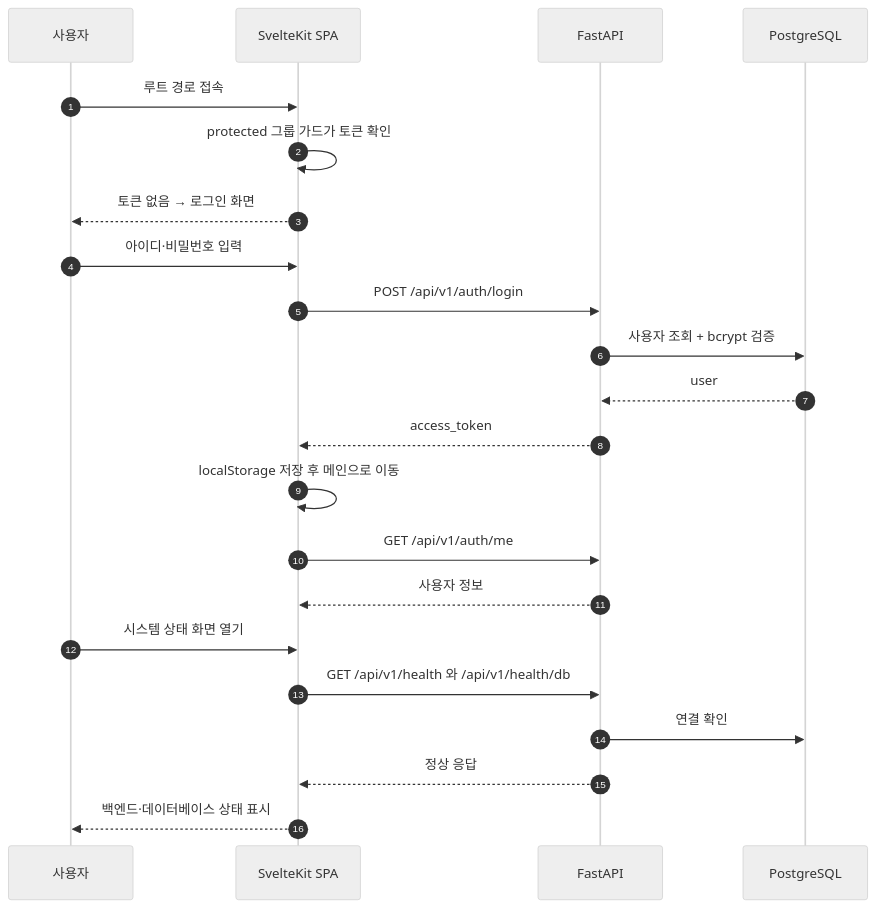
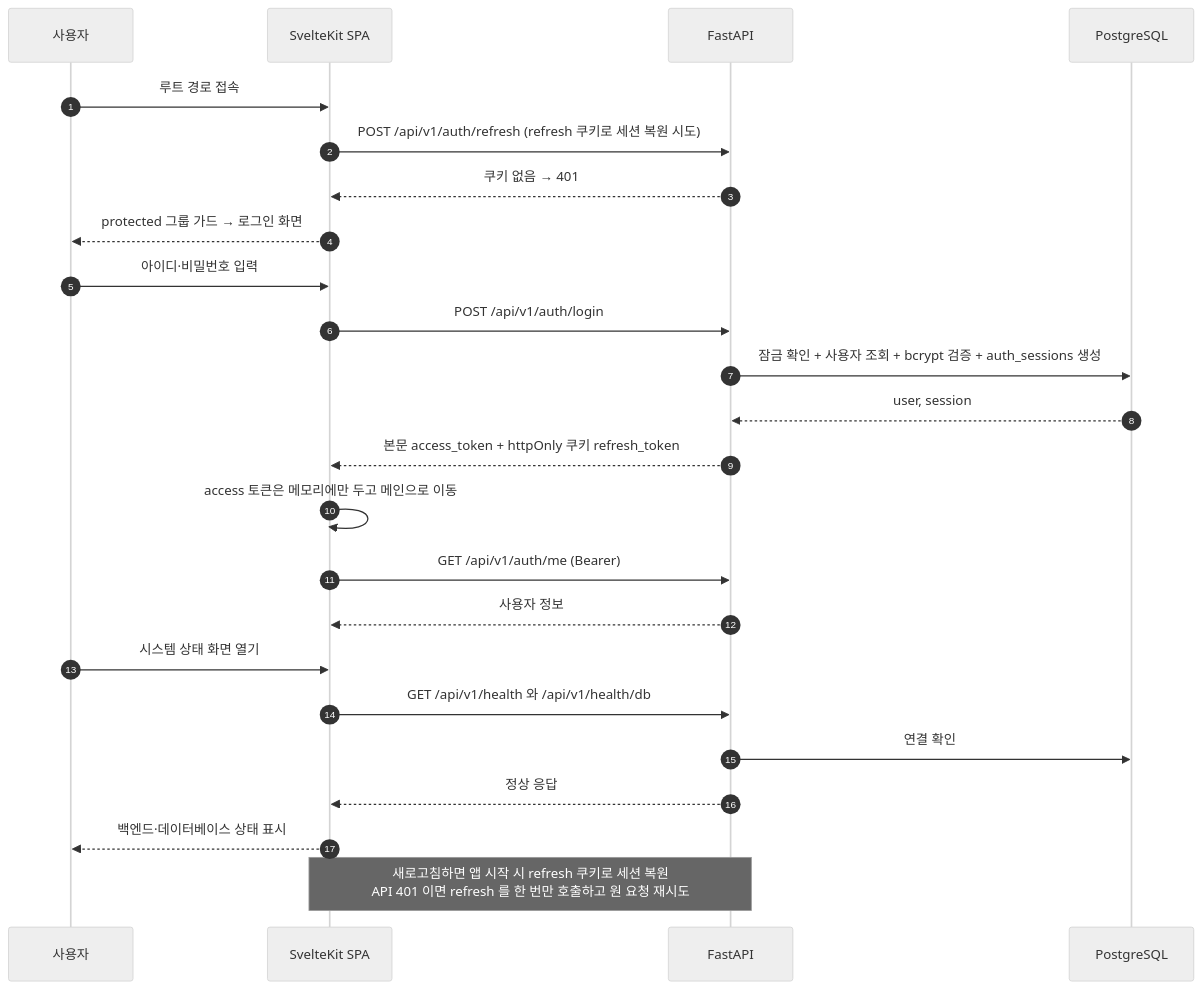
One commit to al8bright/fastapi-svelte-pg-starter changed the third of 4 diagrams in README.md. Above: the diagram before and after it, drawn with Mermaid (neutral theme). The commit also changed other lines of this file and 55 other files, not shown here.

````diff
--- a/README.md
+++ b/README.md
@@ -95,25 +96,27 @@
 ```mermaid
 sequenceDiagram
     autonumber
     participant U as 사용자
     participant F as SvelteKit SPA
     participant A as FastAPI
     participant D as PostgreSQL
 
     U->>F: 루트 경로 접속
-    F->>F: protected 그룹 가드가 토큰 확인
-    F-->>U: 토큰 없음 → 로그인 화면
+    F->>A: POST /api/v1/auth/refresh (refresh 쿠키로 세션 복원 시도)
+    A-->>F: 쿠키 없음 → 401
+    F-->>U: protected 그룹 가드 → 로그인 화면
     U->>F: 아이디·비밀번호 입력
     F->>A: POST /api/v1/auth/login
-    A->>D: 사용자 조회 + bcrypt 검증
-    D-->>A: user
-    A-->>F: access_token
-    F->>F: localStorage 저장 후 메인으로 이동
-    F->>A: GET /api/v1/auth/me
+    A->>D: 잠금 확인 + 사용자 조회 + bcrypt 검증 + auth_sessions 생성
+    D-->>A: user, session
+    A-->>F: 본문 access_token + httpOnly 쿠키 refresh_token
+    F->>F: access 토큰은 메모리에만 두고 메인으로 이동
+    F->>A: GET /api/v1/auth/me (Bearer)
     A-->>F: 사용자 정보
     U->>F: 시스템 상태 화면 열기
     F->>A: GET /api/v1/health 와 /api/v1/health/db
     A->>D: 연결 확인
     A-->>F: 정상 응답
     F-->>U: 백엔드·데이터베이스 상태 표시
+    Note over F,A: 새로고침하면 앱 시작 시 refresh 쿠키로 세션 복원<br/>API 401 이면 refresh 를 한 번만 호출하고 원 요청 재시도
 ```
````
